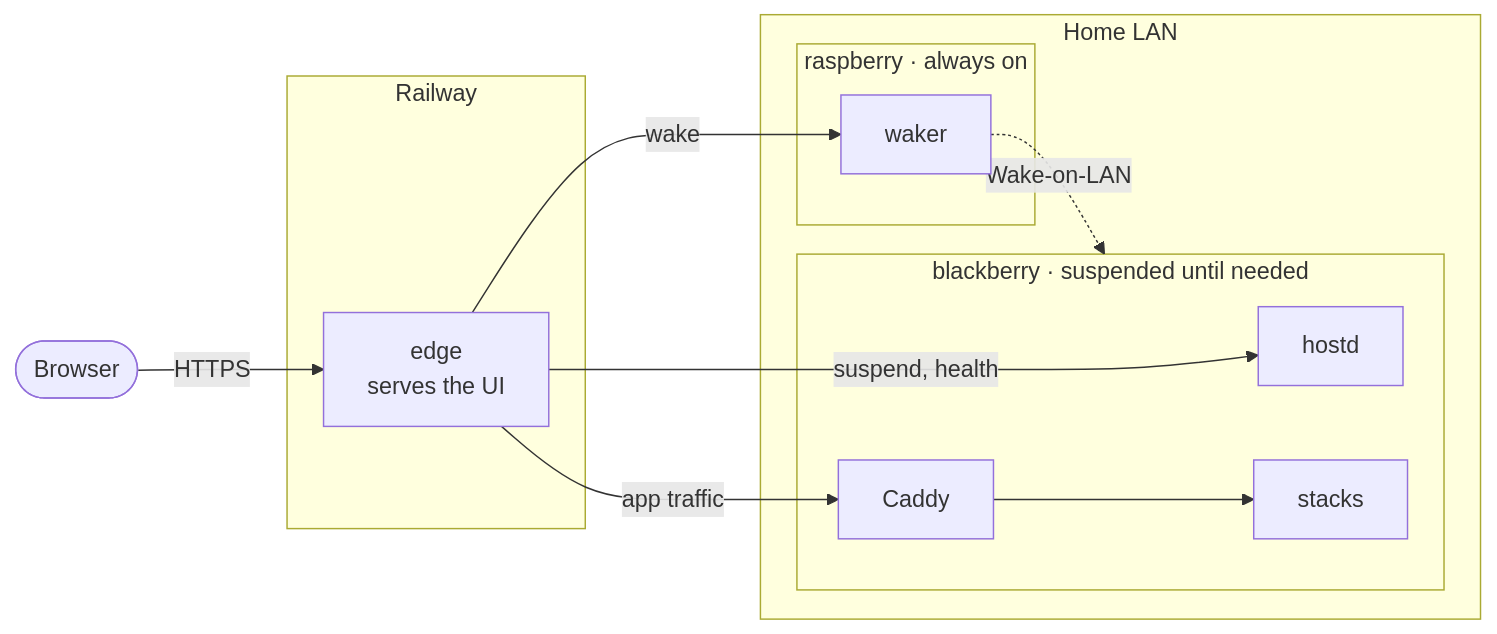
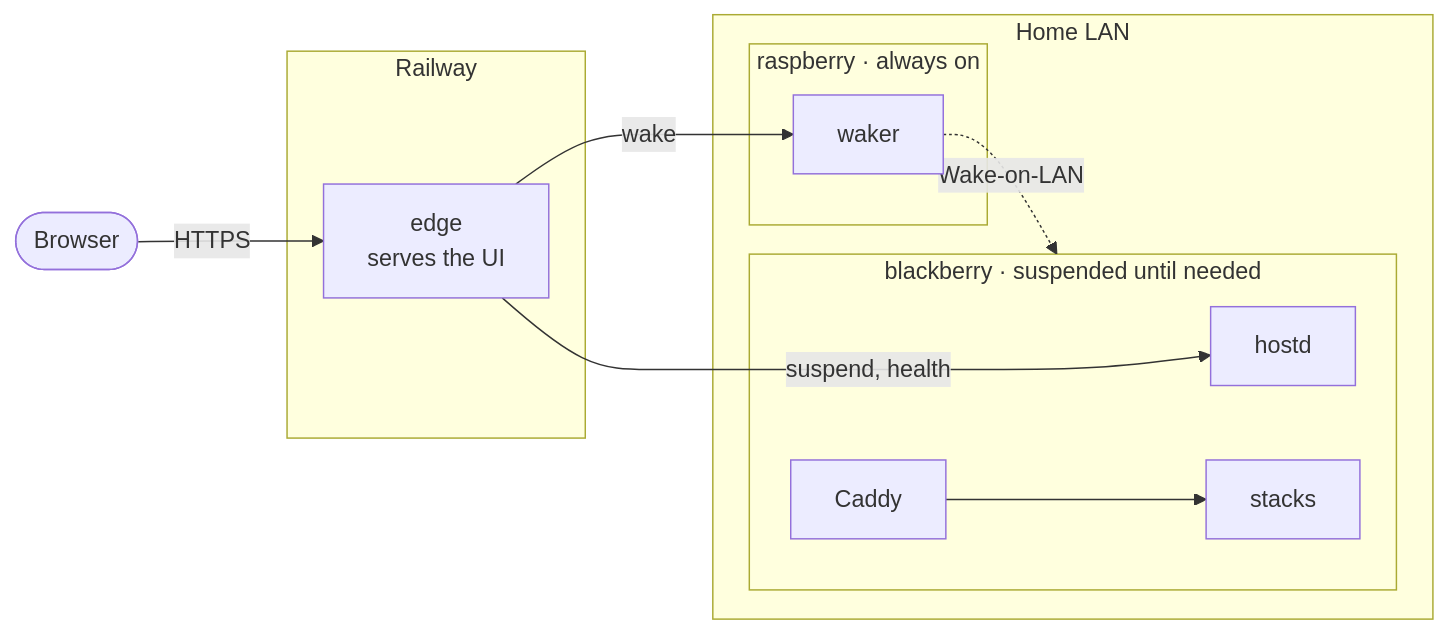
One commit to nikbogman/cloudberry changed the diagram in README.md. Above: the diagram before and after it, drawn with Mermaid. The commit also changed 9 other files, not shown here.

````diff
--- a/README.md
+++ b/README.md
@@ -11,23 +11,22 @@
 ```mermaid
 flowchart LR
   browser([Browser]) -->|HTTPS| edge
 
   subgraph railway[Railway]
     edge["edge<br/>serves the UI"]
   end
 
   subgraph lan[Home LAN]
     subgraph rb[raspberry · always on]
       waker
     end
     subgraph bb[blackberry · suspended until needed]
       hostd
       caddy[Caddy] --> stacks[stacks]
     end
   end
 
   edge -->|wake| waker
   edge -->|suspend, health| hostd
-  edge -->|app traffic| caddy
   waker -.->|Wake-on-LAN| bb
 ```
````
